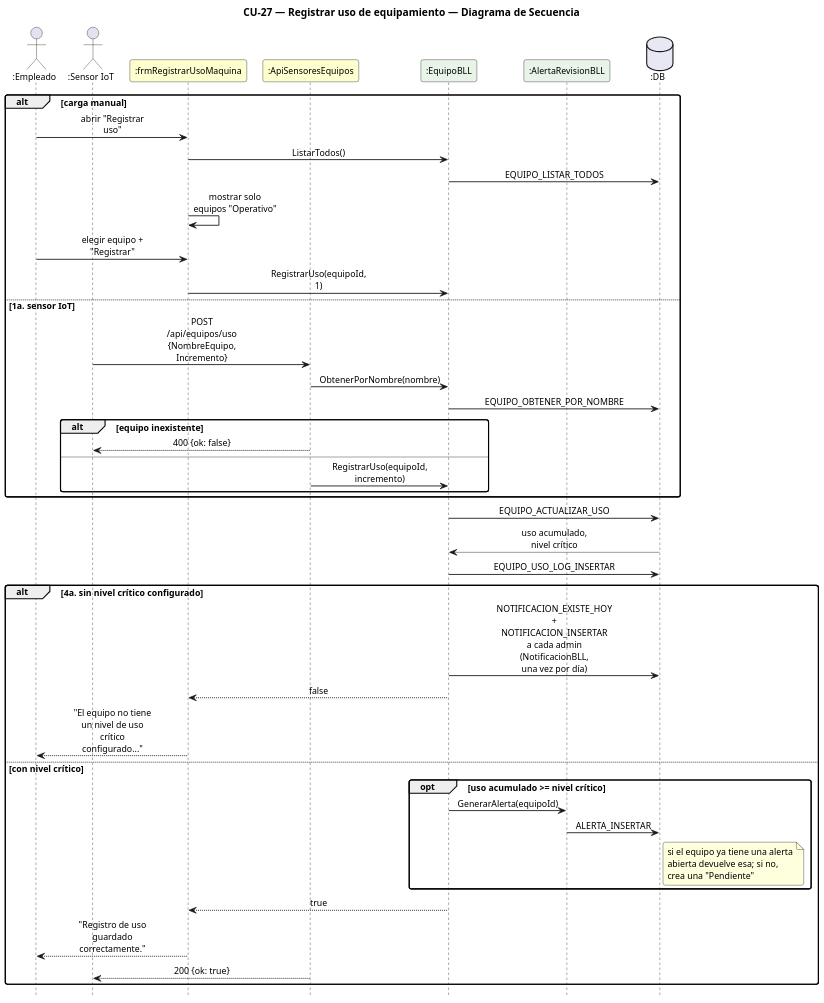
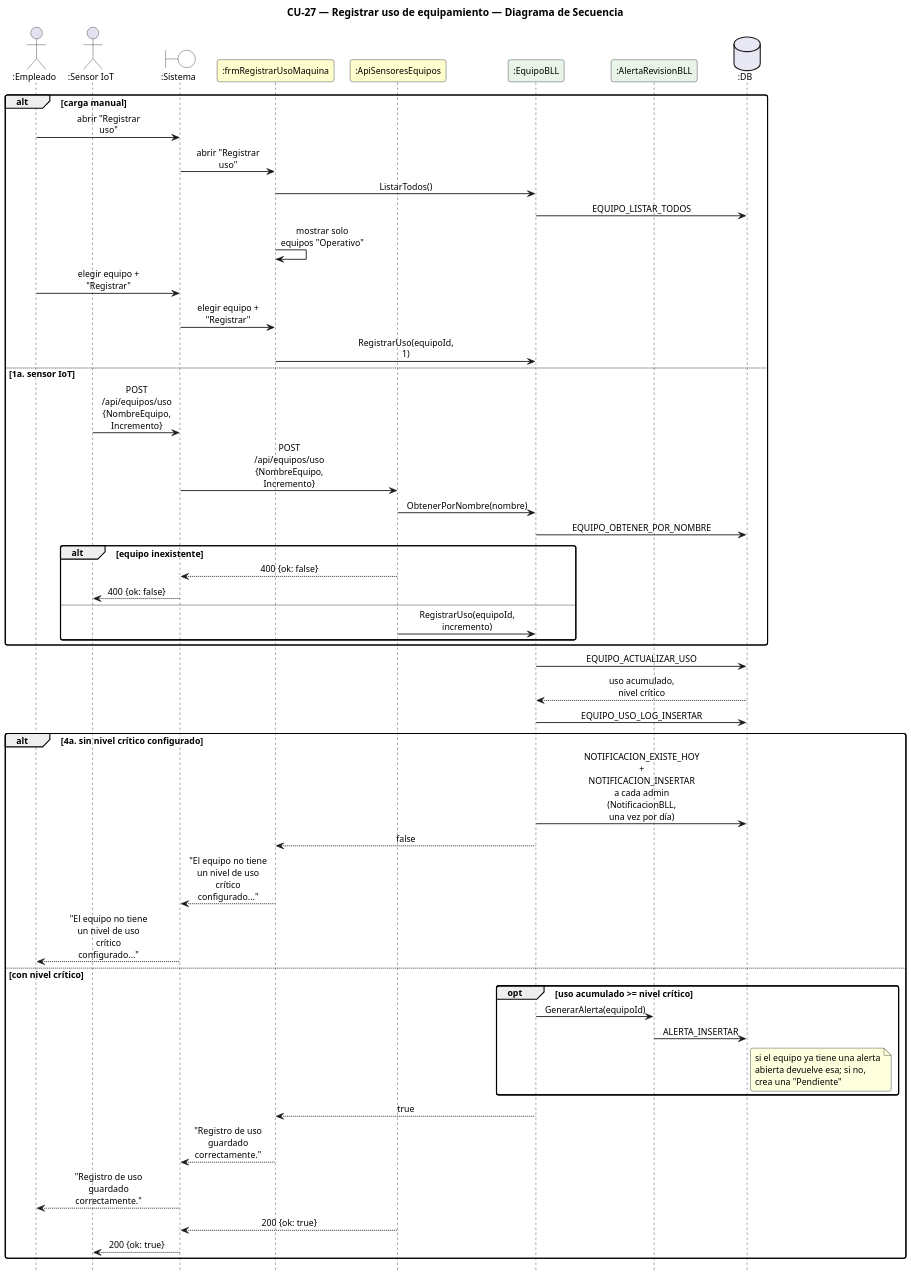
Before and after one commit to Urrels/ingenieria_software: the diagram in DIAGRAMAS/DiagramaSecuencia_CU27_RegistrarUsoEquipo.puml, drawn with PlantUML. The commit also changed 78 other files, not shown here.

First line of the commit message:
Diagramas de secuencia: carril :Sistema entre el actor y las clases

```diff
--- a/DIAGRAMAS/DiagramaSecuencia_CU27_RegistrarUsoEquipo.puml
+++ b/DIAGRAMAS/DiagramaSecuencia_CU27_RegistrarUsoEquipo.puml
@@ -1,59 +1,67 @@
 @startuml DiagramaSecuencia_CU27_RegistrarUsoEquipo
 
 title CU-27 — Registrar uso de equipamiento — Diagrama de Secuencia
 
 skinparam shadowing false
 skinparam roundcorner 6
 skinparam sequenceArrowThickness 1.2
 skinparam ParticipantPadding 6
 skinparam BoxPadding 4
 skinparam maxMessageSize 115
 skinparam sequenceMessageAlign center
 skinparam defaultFontSize 12
 skinparam dpi 140
 hide footbox
 
 actor ":Empleado" as E
 actor ":Sensor IoT" as SI
+boundary ":Sistema" as SYS #FFFFFF
 participant ":frmRegistrarUsoMaquina" as F #FEFECE
 participant ":ApiSensoresEquipos" as API #FEFECE
 participant ":EquipoBLL" as EB #E8F4E8
 participant ":AlertaRevisionBLL" as AB #E8F4E8
 database ":DB" as DB #E8E8F4
 
 alt carga manual
-  E -> F : abrir "Registrar uso"
+  E -> SYS : abrir "Registrar uso"
+  SYS -> F : abrir "Registrar uso"
   F -> EB : ListarTodos()
   EB -> DB : EQUIPO_LISTAR_TODOS
   F -> F : mostrar solo equipos "Operativo"
-  E -> F : elegir equipo + "Registrar"
+  E -> SYS : elegir equipo + "Registrar"
+  SYS -> F : elegir equipo + "Registrar"
   F -> EB : RegistrarUso(equipoId, 1)
 else 1a. sensor IoT
-  SI -> API : POST /api/equipos/uso\n{NombreEquipo, Incremento}
+  SI -> SYS : POST /api/equipos/uso\n{NombreEquipo, Incremento}
+  SYS -> API : POST /api/equipos/uso\n{NombreEquipo, Incremento}
   API -> EB : ObtenerPorNombre(nombre)
   EB -> DB : EQUIPO_OBTENER_POR_NOMBRE
   alt equipo inexistente
-    API --> SI : 400 {ok: false}
+    API --> SYS : 400 {ok: false}
+    SYS --> SI : 400 {ok: false}
   else
     API -> EB : RegistrarUso(equipoId, incremento)
   end
 end
 EB -> DB : EQUIPO_ACTUALIZAR_USO
 DB --> EB : uso acumulado, nivel crítico
 EB -> DB : EQUIPO_USO_LOG_INSERTAR
 alt 4a. sin nivel crítico configurado
   EB -> DB : NOTIFICACION_EXISTE_HOY\n+ NOTIFICACION_INSERTAR a cada admin\n(NotificacionBLL, una vez por día)
   EB --> F : false
-  F --> E : "El equipo no tiene un nivel de uso crítico configurado..."
+  F --> SYS : "El equipo no tiene un nivel de uso crítico configurado..."
+  SYS --> E : "El equipo no tiene un nivel de uso crítico configurado..."
 else con nivel crítico
   opt uso acumulado >= nivel crítico
     EB -> AB : GenerarAlerta(equipoId)
     AB -> DB : ALERTA_INSERTAR
     note right of DB : si el equipo ya tiene una alerta\nabierta devuelve esa; si no,\ncrea una "Pendiente"
   end
   EB --> F : true
-  F --> E : "Registro de uso guardado correctamente."
-  API --> SI : 200 {ok: true}
+  F --> SYS : "Registro de uso guardado correctamente."
+  SYS --> E : "Registro de uso guardado correctamente."
+  API --> SYS : 200 {ok: true}
+  SYS --> SI : 200 {ok: true}
 end
 
 @enduml
```
